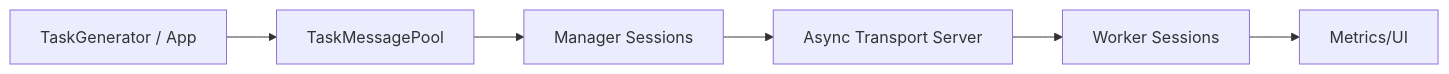
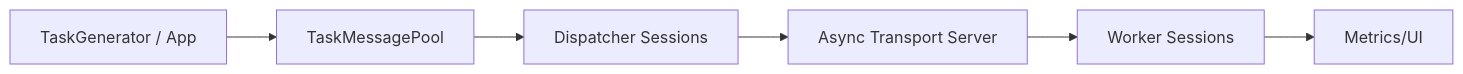
One commit to ilya-yusim/task-messenger changed the diagram in docs/TaskMessenger.md. Above: the diagram before and after it, drawn with Mermaid. The commit also changed other lines of this file and 90 other files, not shown here.

First line of the commit message:
Refactor TaskMessenger to use Dispatcher instead of Manager

````diff
--- a/docs/TaskMessenger.md
+++ b/docs/TaskMessenger.md
@@ -24,8 +24,8 @@
 ```mermaid
 graph LR
     TG[TaskGenerator / App] --> Pool[TaskMessagePool]
-    Pool --> Manager[Manager Sessions]
-    Manager --> Net[Async Transport Server]
+    Pool --> Dispatcher[Dispatcher Sessions]
+    Dispatcher --> Net[Async Transport Server]
     Net --> Workers[Worker Sessions]
     Workers --> Metrics[Metrics/UI]
 ```
````
